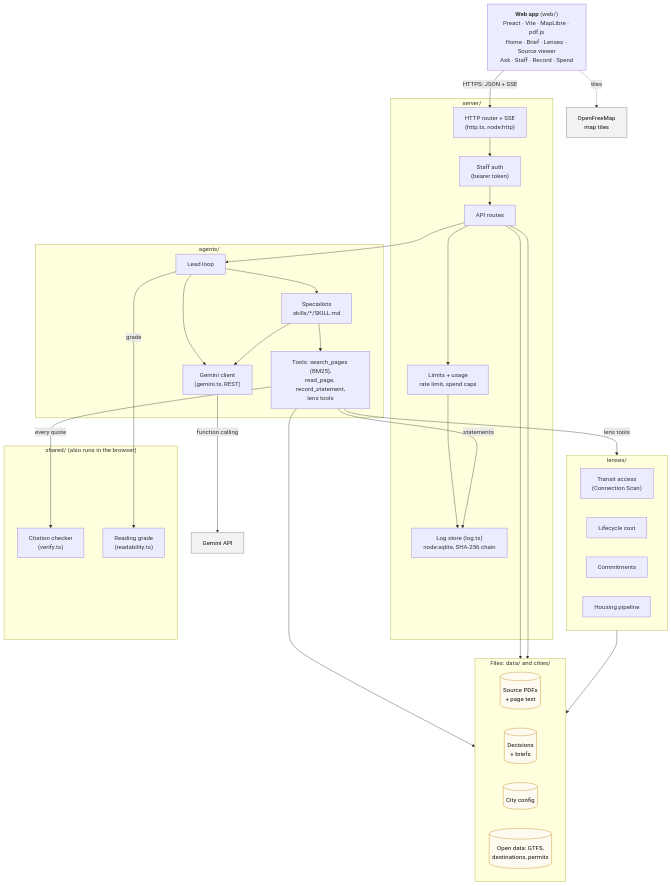
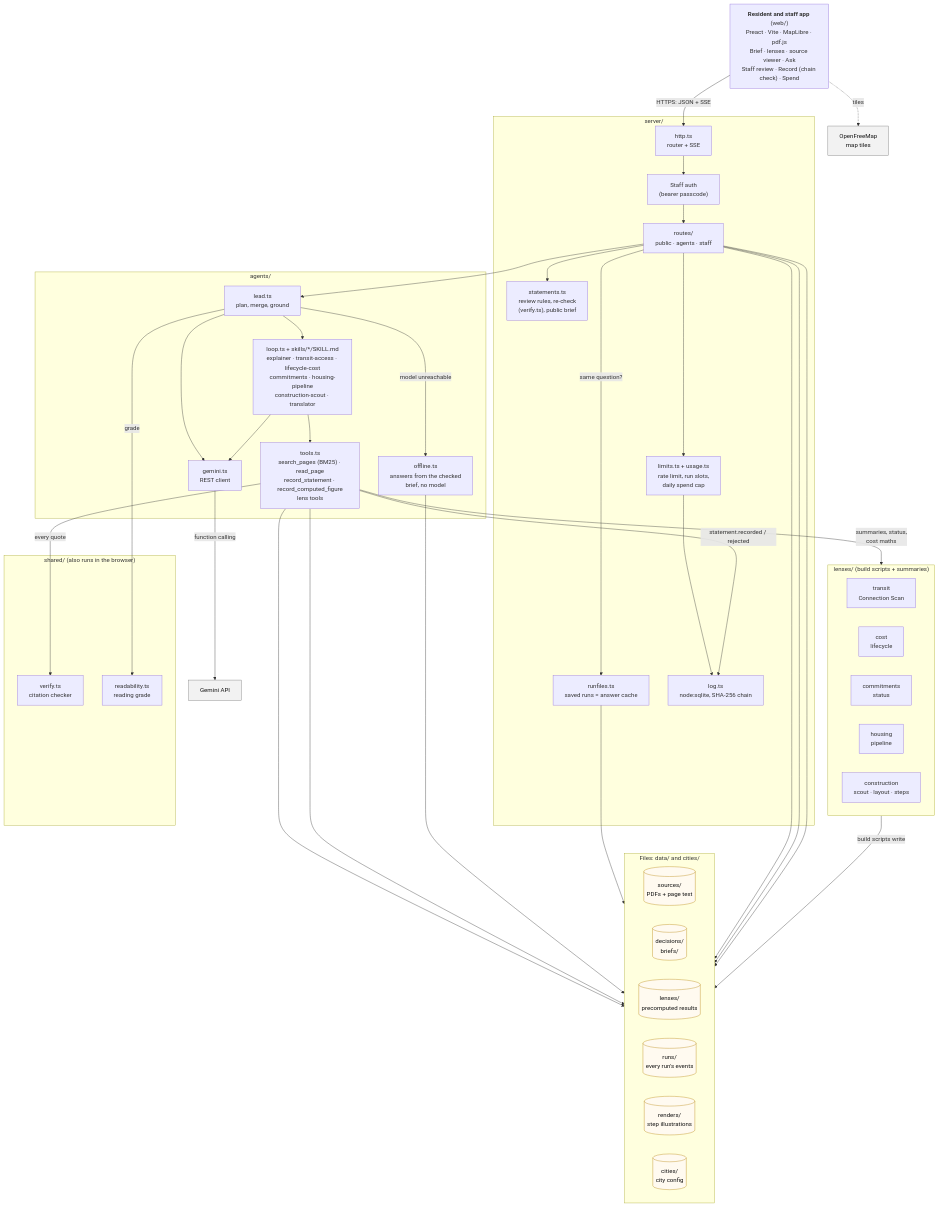
One commit to RichardLi-1/municipal-agents changed the diagram in docs/uml/component.mmd. Above: the diagram before and after it, drawn with Mermaid. The commit also changed 81 other files, not shown here.

Commit message:
Write the README with screenshots, finish the requirements, UML, architecture, code tour and references, fill the readiness report with measured costs, count housing progress the province's way, and name construction sites by land use instead of businesses

```diff
--- a/docs/uml/component.mmd
+++ b/docs/uml/component.mmd
@@ -1,64 +1,77 @@
-%% Component diagram: the parts of Municipal Agents and what each depends on.
+%% Component diagram (core): the parts that turn documents into a checked brief and answers.
 %% server/, agents/, lenses/ and shared/ run in one Node 24 process on one machine.
+%% The public-facing platform pieces (landing, docs, embed, feeds) are in component-platform.mmd.
 flowchart TB
-  web["<b>Web app</b> (web/)<br/>Preact · Vite · MapLibre · pdf.js<br/>Home · Brief · Lenses · Source viewer<br/>Ask · Staff · Record · Spend"]
+  web["<b>Resident and staff app</b> (web/)<br/>Preact · Vite · MapLibre · pdf.js<br/>Brief · lenses · source viewer · Ask<br/>Staff review · Record (chain check) · Spend"]
   tiles["OpenFreeMap<br/>map tiles"]
 
   subgraph server["server/"]
-    s1["HTTP router + SSE<br/>(http.ts, node:http)"]
-    s4["Staff auth<br/>(bearer token)"]
-    s2["API routes"]
-    s6["Limits + usage<br/>rate limit, spend caps"]
-    s5["Log store (log.ts)<br/>node:sqlite, SHA-256 chain"]
+    s1["http.ts<br/>router + SSE"]
+    s4["Staff auth<br/>(bearer passcode)"]
+    s2["routes/<br/>public · agents · staff"]
+    s6["limits.ts + usage.ts<br/>rate limit, run slots,<br/>daily spend cap"]
+    s7["runfiles.ts<br/>saved runs = answer cache"]
+    s8["statements.ts<br/>review rules, re-check<br/>(verify.ts), public brief"]
+    s5["log.ts<br/>node:sqlite, SHA-256 chain"]
   end
 
   subgraph agents["agents/"]
-    a1["Lead loop"]
-    a2["Specialists<br/>skills/*/SKILL.md"]
-    a3["Tools: search_pages (BM25),<br/>read_page, record_statement,<br/>lens tools"]
-    a6["Gemini client<br/>(gemini.ts, REST)"]
+    a1["lead.ts<br/>plan, merge, ground"]
+    a2["loop.ts + skills/*/SKILL.md<br/>explainer · transit-access · lifecycle-cost<br/>commitments · housing-pipeline<br/>construction-scout · translator"]
+    a3["tools.ts<br/>search_pages (BM25) · read_page<br/>record_statement · record_computed_figure<br/>lens tools"]
+    a7["offline.ts<br/>answers from the checked<br/>brief, no model"]
+    a6["gemini.ts<br/>REST client"]
   end
 
   subgraph shared["shared/ (also runs in the browser)"]
-    v1["Citation checker<br/>(verify.ts)"]
-    v2["Reading grade<br/>(readability.ts)"]
+    v1["verify.ts<br/>citation checker"]
+    v2["readability.ts<br/>reading grade"]
   end
 
-  subgraph lenses["lenses/"]
+  subgraph lenses["lenses/ (build scripts + summaries)"]
     direction LR
-    l1["Transit access<br/>(Connection Scan)"]
-    l2["Lifecycle cost"]
-    l3["Commitments"]
-    l4["Housing pipeline"]
+    l1["transit<br/>Connection Scan"]
+    l2["cost<br/>lifecycle"]
+    l3["commitments<br/>status"]
+    l4["housing<br/>pipeline"]
+    l5["construction<br/>scout · layout · steps"]
   end
 
   subgraph data["Files: data/ and cities/"]
     direction LR
-    d1[("Source PDFs<br/>+ page text")]
-    d2[("Decisions<br/>+ briefs")]
-    d5[("City config")]
-    d4[("Open data: GTFS,<br/>destinations, permits")]
+    d1[("sources/<br/>PDFs + page text")]
+    d2[("decisions/<br/>briefs/")]
+    d6[("lenses/<br/>precomputed results")]
+    d7[("runs/<br/>every run's events")]
+    d8[("renders/<br/>step illustrations")]
+    d5[("cities/<br/>city config")]
   end
 
   gem["Gemini API"]
 
   web -- "HTTPS: JSON + SSE" --> s1
   web -. "tiles" .-> tiles
   s1 --> s4 --> s2
   s2 --> s6 --> s5
+  s2 -- "same question?" --> s7
+  s2 --> s8
   s2 --> a1
   a1 --> a2 --> a3
+  a1 -- "model unreachable" --> a7
   a1 & a2 --> a6
   a6 -- "function calling" --> gem
   a3 -- "every quote" --> v1
   a1 -- "grade" --> v2
-  a3 -- "statements" --> s5
-  a3 -- "lens tools" --> lenses
+  a3 -- "statement.recorded / rejected" --> s5
+  a3 -- "summaries, status,<br/>cost maths" --> lenses
   a3 --> d1
-  s2 --> d2 & d5
-  lenses --> d4
+  a3 --> d6
+  a7 --> d2
+  s7 --> d7
+  s2 --> d2 & d5 & d8
+  lenses -- "build scripts write" --> d6
 
   classDef ext fill:#f2f2f2,stroke:#777,color:#111
   classDef file fill:#fffaf0,stroke:#b8860b,color:#111
   class gem,tiles ext
-  class d1,d2,d4,d5 file
+  class d1,d2,d5,d6,d7,d8 file
```
